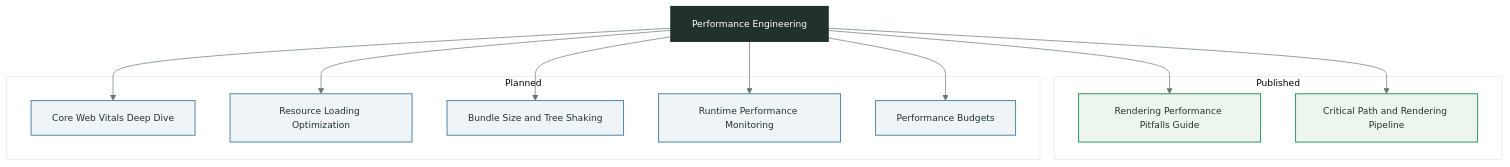
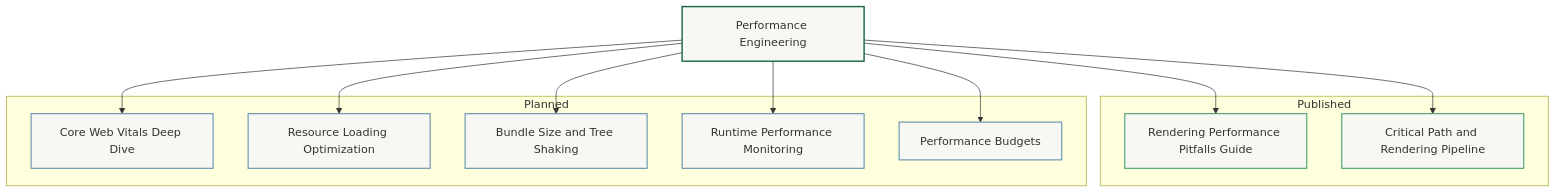
Before and after one commit to Fatejian/frontier-vault: the diagram in docs/en/performance/index.md, drawn with Mermaid. The commit also changed 65 other files, not shown here.

First line of the commit message:
fix(theme): unify mermaid chart palette and remove solid core fills

````diff
--- a/docs/en/performance/index.md
+++ b/docs/en/performance/index.md
@@ -17,31 +17,29 @@
 ```mermaid
-%%{init: {'theme': 'base', 'themeVariables': { 'fontFamily': 'Inter, PingFang SC, Microsoft YaHei, sans-serif', 'primaryColor': '#F4F7F4', 'primaryTextColor': '#22322B', 'primaryBorderColor': '#CDD8D2', 'lineColor': '#6B7772', 'fontSize': '13px'}}}%%
-
 flowchart TB
-    classDef core fill:#22322B,color:#fff,stroke:#22322B,stroke-width:2px
-    classDef work fill:#EDF5EF,stroke:#3E9B6B,color:#22322B,stroke-width:1.5px
-    classDef wait fill:#EFF5F7,stroke:#5B8CA8,color:#22322B,stroke-width:1.5px
+    classDef core fill:#F7F7F3,stroke:#176540,stroke-width:2px;
+    classDef work fill:#F7F7F3,stroke:#3E9B6B,stroke-width:1.5px;
+    classDef wait fill:#F7F7F3,stroke:#5B8CA8,stroke-width:1.5px;
 
     PE["Performance Engineering"]:::core
 
     subgraph Published["Published"]
         RP["Rendering Performance Pitfalls Guide"]:::work
         CP["Critical Path and Rendering Pipeline"]:::work
     end
 
     subgraph Planned["Planned"]
         CWV["Core Web Vitals Deep Dive"]:::wait
         RL["Resource Loading Optimization"]:::wait
         BS["Bundle Size and Tree Shaking"]:::wait
         RM["Runtime Performance Monitoring"]:::wait
         PB["Performance Budgets"]:::wait
     end
 
     PE --> RP
     PE --> CP
     PE --> CWV
     PE --> RL
     PE --> BS
     PE --> RM
     PE --> PB
 ```
````
